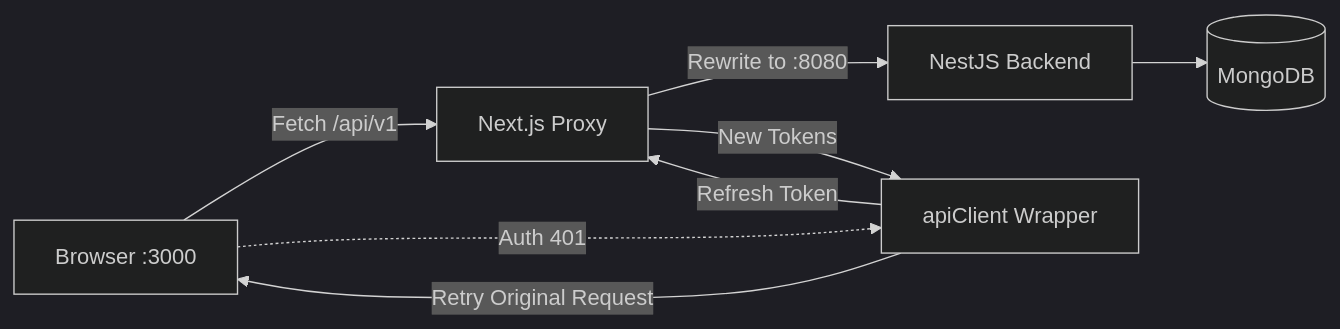
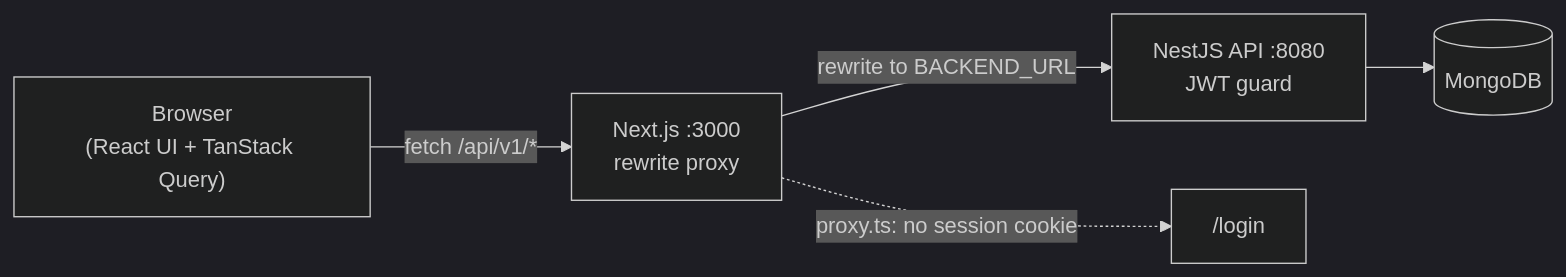
One commit to sajibsarker-1104003/doctor-tracker-client changed the first of 2 diagrams in README.md. Above: the diagram before and after it, drawn with Mermaid (dark theme). The commit also changed other lines of this file, not shown here.

````diff
--- a/README.md
+++ b/README.md
@@ -85,11 +40,7 @@
-``` mermaid
+```mermaid
 flowchart LR
-    Browser[Browser :3000] -->|Fetch /api/v1| Next[Next.js Proxy]
-    Next -->|Rewrite to :8080| BE[NestJS Backend]
-    BE --> DB[(MongoDB)]
-
-    Browser -.->|Auth 401| Client[apiClient Wrapper]
-    Client -->|Refresh Token| Next
-    Next -->|New Tokens| Client
-    Client -->|Retry Original Request| Browser
+    Browser["Browser<br/>(React UI + TanStack Query)"] -->|"fetch /api/v1/*"| Next["Next.js :3000<br/>rewrite proxy"]
+    Next -->|"rewrite to BACKEND_URL"| API["NestJS API :8080<br/>JWT guard"]
+    API --> DB[("MongoDB")]
+    Next -. "proxy.ts: no session cookie" .-> Login["/login"]
 ```
````
